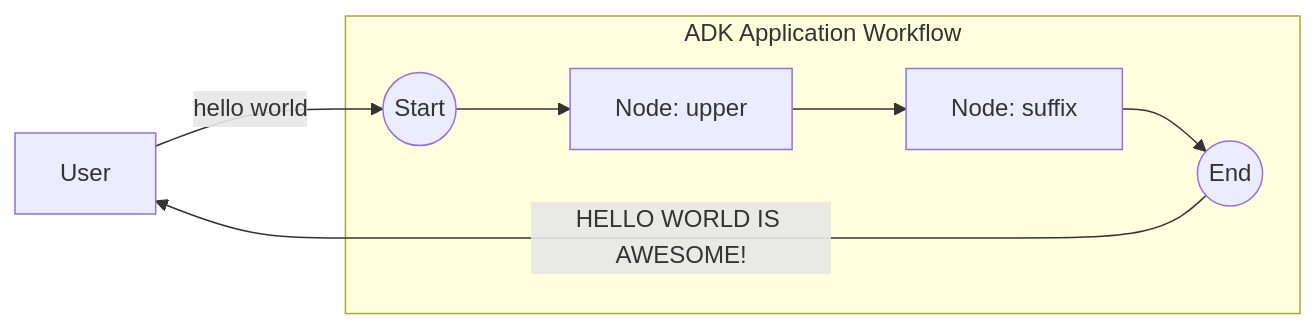
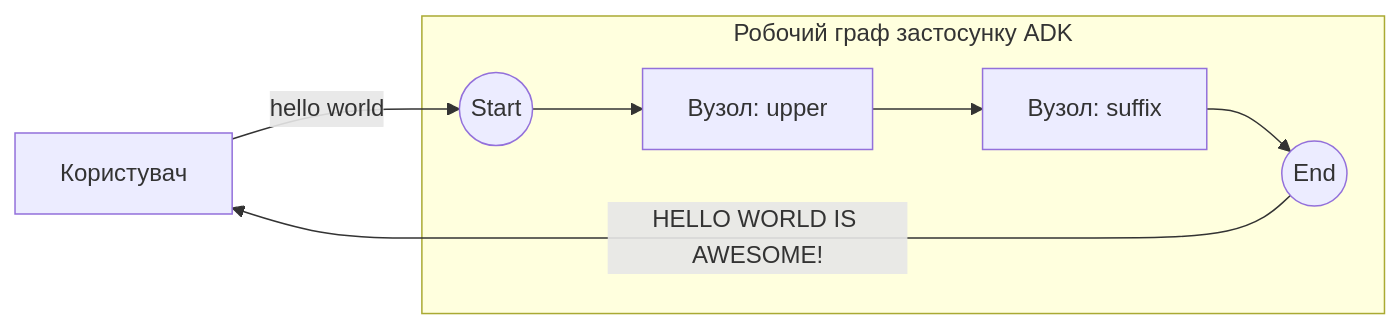
The diagram in demo/4_adk_examples/basic/README.md (EugeneZaharchenko/ai-ae-labs), drawn with Mermaid before and after one commit. The commit also changed other lines of this file and 23 other files, not shown here.

````diff
--- a/demo/4_adk_examples/basic/README.md
+++ b/demo/4_adk_examples/basic/README.md
@@ -14,11 +14,11 @@
 ```mermaid
 graph LR
-    User[User]
-    subgraph "ADK Application Workflow"
-        Start((Start)) --> N1[Node: upper]
-        N1 --> N2[Node: suffix]
+    User[Користувач]
+    subgraph "Робочий граф застосунку ADK"
+        Start((Start)) --> N1[Вузол: upper]
+        N1 --> N2[Вузол: suffix]
         N2 --> End((End))
     end
     User -- "hello world" --> Start
     End -- "HELLO WORLD IS AWESOME!" --> User
 ```
````
